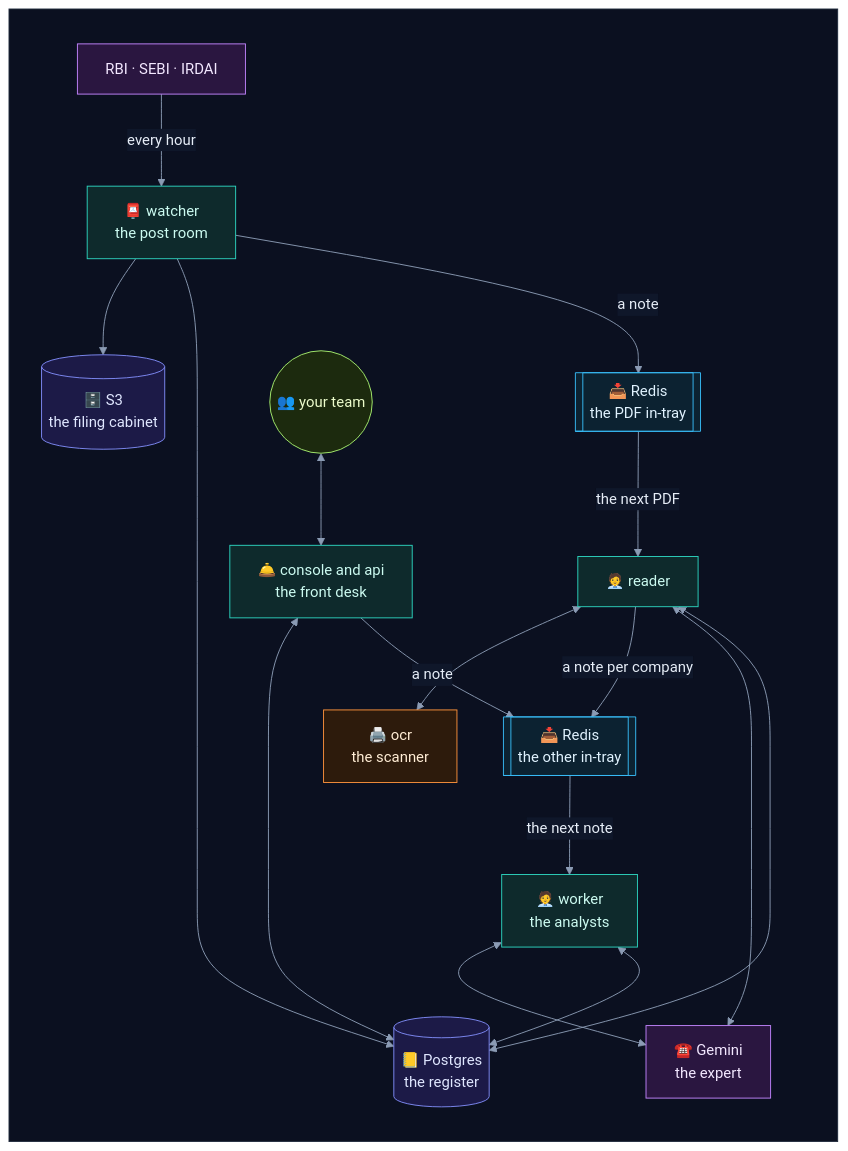
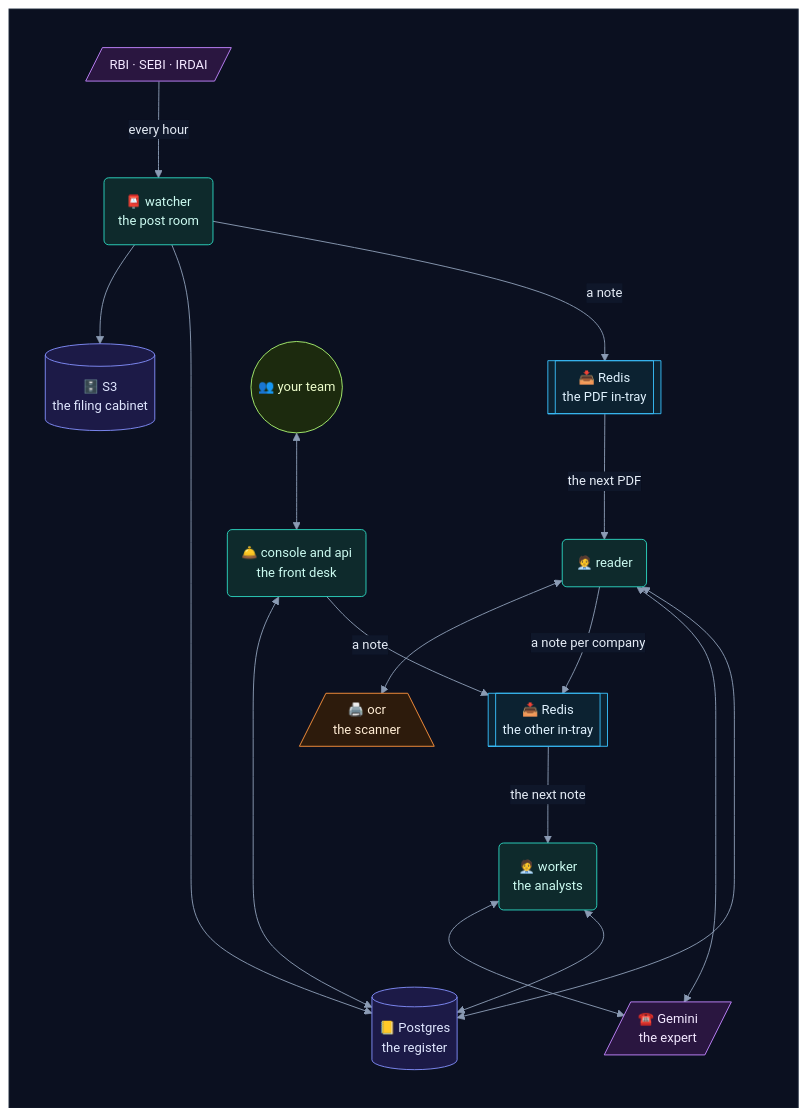
Before and after one commit to selvakumarperumal/Regulatory_Circular_Impact_Agent: the second of 57 diagrams in how_it_works.md, drawn with Mermaid. The commit also changed other lines of this file and 5 other files, not shown here.

Commit message:
Give the docs' flowcharts a shape per kind of part, more room and slightly smaller text

````diff
--- a/how_it_works.md
+++ b/how_it_works.md
@@ -136,39 +136,39 @@
 ```mermaid
-%%{init: {"theme": "base", "flowchart": {"diagramPadding": 0}, "themeVariables": {"darkMode": true, "primaryColor": "#16213a", "primaryTextColor": "#e6edf7", "primaryBorderColor": "#475a7a", "lineColor": "#8b9bb4", "secondaryColor": "#1b2436", "tertiaryColor": "#101a2e", "edgeLabelBackground": "#0f172a", "textColor": "#e2e8f0", "clusterBkg": "#0f1728", "clusterBorder": "#2b3a55", "titleColor": "#c4b5fd", "nodeTextColor": "#e6edf7"}}}%%
+%%{init: {"theme": "base", "flowchart": {"diagramPadding": 0, "nodeSpacing": 58, "rankSpacing": 58, "curve": "basis"}, "themeVariables": {"fontSize": "14px", "darkMode": true, "primaryColor": "#16213a", "primaryTextColor": "#e6edf7", "primaryBorderColor": "#475a7a", "lineColor": "#8b9bb4", "secondaryColor": "#1b2436", "tertiaryColor": "#101a2e", "edgeLabelBackground": "#0f172a", "textColor": "#e2e8f0", "clusterBkg": "#0f1728", "clusterBorder": "#2b3a55", "titleColor": "#c4b5fd", "nodeTextColor": "#e6edf7"}}}%%
 flowchart TD
     subgraph canvas[" "]
         direction TB
-        sites["RBI · SEBI · IRDAI"] -->|"every hour"| W["📮 watcher<br/>the post room"]
+        sites[/"RBI · SEBI · IRDAI"/] -->|"every hour"| W("📮 watcher<br/>the post room")
         W --> S3[("🗄️ S3<br/>the filing cabinet")]
         W --> DB[("📒 Postgres<br/>the register")]
         W -->|"a note"| QP[["📥 Redis<br/>the PDF in-tray"]]
-        QP -->|"the next PDF"| R["🧑‍💼 reader"]
-        R <--> O["🖨️ ocr<br/>the scanner"]
+        QP -->|"the next PDF"| R("🧑‍💼 reader")
+        R <--> O[/"🖨️ ocr<br/>the scanner"\]
         R -->|"a note per company"| QM[["📥 Redis<br/>the other in-tray"]]
-        QM -->|"the next note"| K["🧑‍💼 worker<br/>the analysts"]
-        R <--> G["☎️ Gemini<br/>the expert"]
+        QM -->|"the next note"| K("🧑‍💼 worker<br/>the analysts")
+        R <--> G[/"☎️ Gemini<br/>the expert"/]
         K <--> G
         R <--> DB
         K <--> DB
-        U(("👥 your team")) <--> FD["🛎️ console and api<br/>the front desk"]
+        U(("👥 your team")) <--> FD("🛎️ console and api<br/>the front desk")
         FD <--> DB
         FD -->|"a note"| QM
     end
     classDef svc fill:#0e2a2c,stroke:#2dd4bf,color:#ccfbf1
     classDef data fill:#1c1a47,stroke:#818cf8,color:#e0e7ff
     classDef ext fill:#2a1640,stroke:#c084fc,color:#f3e8ff
     classDef gpu fill:#2d1b0c,stroke:#fb923c,color:#ffedd5
     classDef ask fill:#2a2410,stroke:#fbbf24,color:#fef3c7
     classDef ok fill:#0b2a1c,stroke:#34d399,color:#d1fae5
     classDef bad fill:#2e0f17,stroke:#fb7185,color:#ffe4e6
     classDef start fill:#1c2a0e,stroke:#a7ef6f,color:#ecfccb
     classDef muted fill:#1a2130,stroke:#64748b,color:#cbd5e1
     classDef queue fill:#0c2231,stroke:#38bdf8,color:#e0f2fe
     class sites,G ext
     class W,R,K,FD svc
     class S3,DB data
     class QP,QM queue
     class O gpu
     class U start
     style canvas fill:#0b1020,stroke:#1e293b,color:#0b1020
 ```
````
